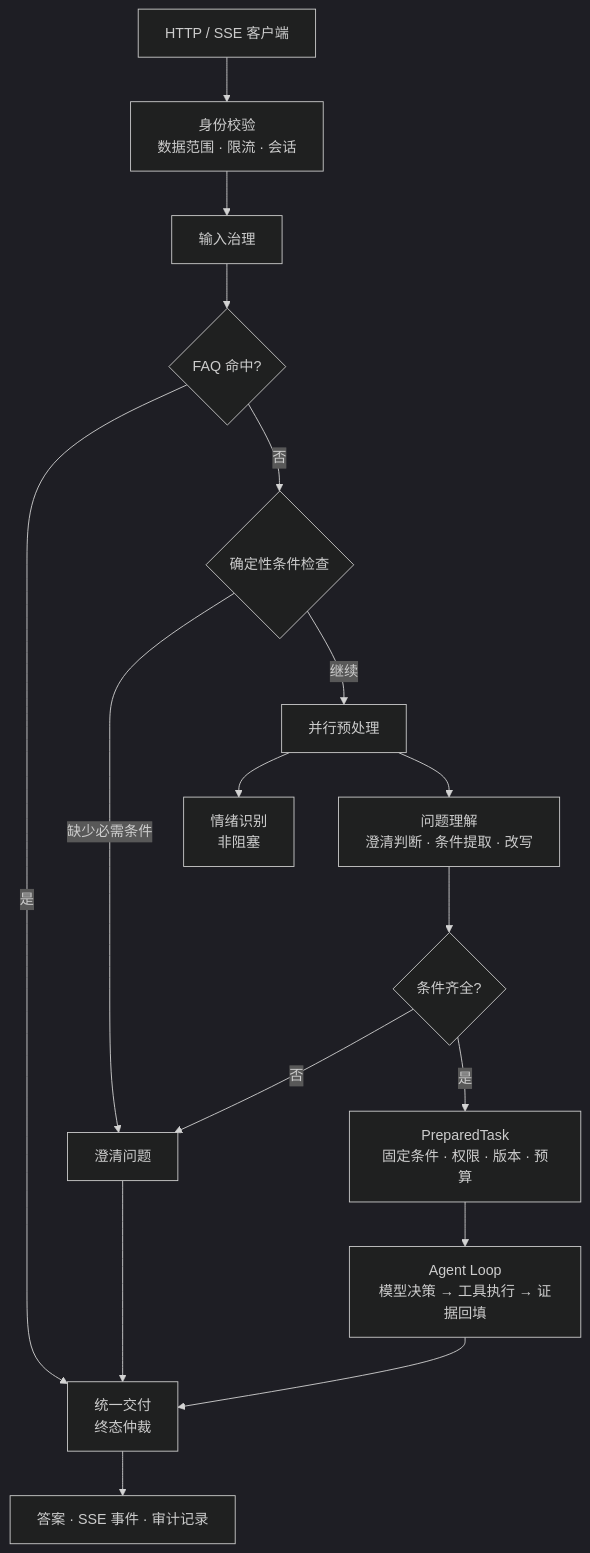
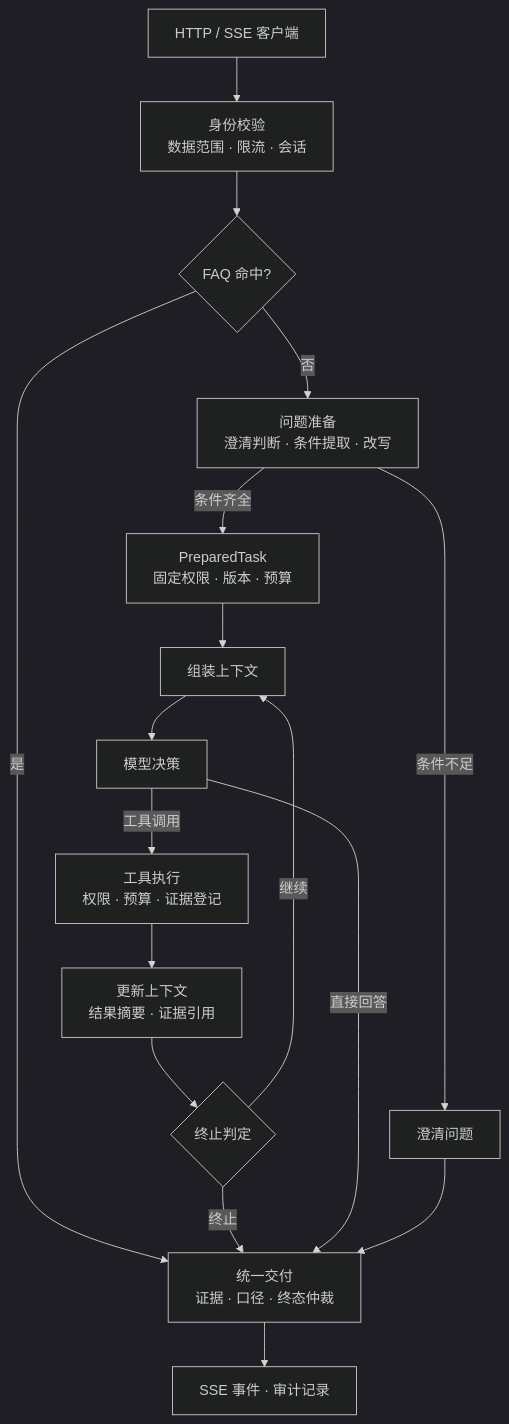
The second of 2 diagrams in README.md (blackirlsama/DokiTV), drawn with Mermaid (dark theme) before and after one commit. The commit also changed other lines of this file, not shown here.

Commit message:
docs: 调整 README 双系统结构并突出 Agent 循环

````diff
--- a/README.md
+++ b/README.md
@@ -58,19 +131,19 @@
 ```mermaid
 flowchart TD
     Client["HTTP / SSE 客户端"] --> Access["身份校验<br/>数据范围 · 限流 · 会话"]
-    Access --> Govern["输入治理"]
-    Govern --> Faq{"FAQ 命中?"}
-    Faq -->|是| Deliver["统一交付<br/>终态仲裁"]
-    Faq -->|否| Gate{"确定性条件检查"}
-    Gate -->|缺少必需条件| Clarify["澄清问题"]
-    Gate -->|继续| Parallel["并行预处理"]
-    Parallel --> Emotion["情绪识别<br/>非阻塞"]
-    Parallel --> Understand["问题理解<br/>澄清判断 · 条件提取 · 改写"]
-    Understand --> Ready{"条件齐全?"}
-    Ready -->|否| Clarify
-    Ready -->|是| Task["PreparedTask<br/>固定条件 · 权限 · 版本 · 预算"]
-    Task --> Loop["Agent Loop<br/>模型决策 → 工具执行 → 证据回填"]
-    Loop --> Deliver
+    Access --> Faq{"FAQ 命中?"}
+    Faq -->|是| Deliver["统一交付<br/>证据 · 口径 · 终态仲裁"]
+    Faq -->|否| Prep["问题准备<br/>澄清判断 · 条件提取 · 改写"]
+    Prep -->|条件不足| Clarify["澄清问题"]
+    Prep -->|条件齐全| Task["PreparedTask<br/>固定权限 · 版本 · 预算"]
+    Task --> Ctx["组装上下文"]
+    Ctx --> Model["模型决策"]
+    Model -->|工具调用| Tool["工具执行<br/>权限 · 预算 · 证据登记"]
+    Tool --> Observe["更新上下文<br/>结果摘要 · 证据引用"]
+    Observe --> Check{"终止判定"}
+    Check -->|继续| Ctx
+    Check -->|终止| Deliver
+    Model -->|直接回答| Deliver
     Clarify --> Deliver
-    Deliver --> Output["答案 · SSE 事件 · 审计记录"]
+    Deliver --> Output["SSE 事件 · 审计记录"]
 ```
````
